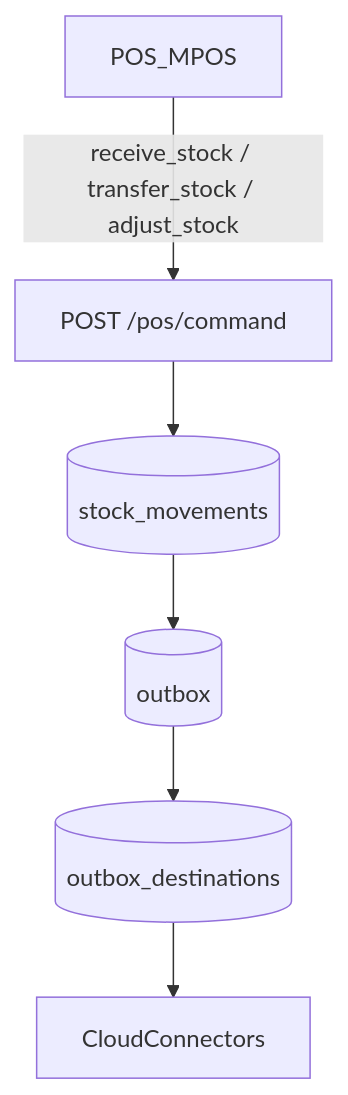
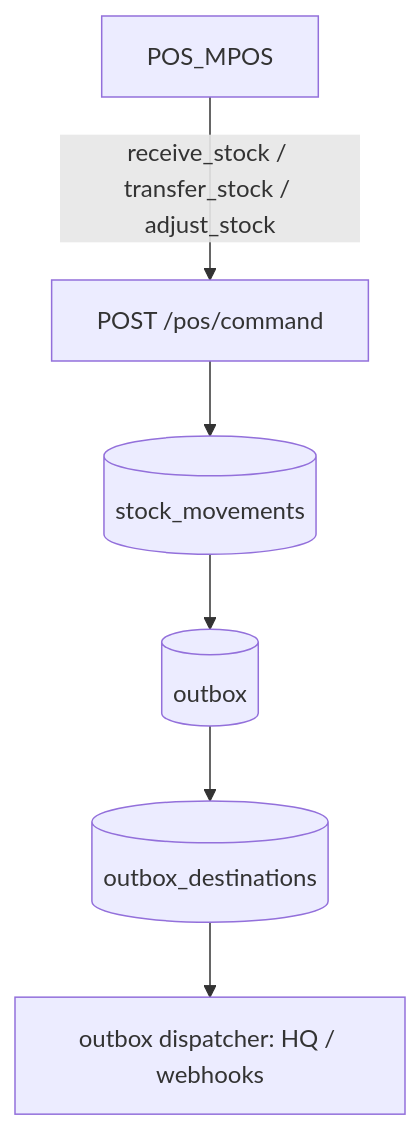
Before and after one commit to AncientiCe/apex-edge: diagram 31 of 45 in docs/architecture/README.md, drawn with Mermaid. The commit also changed other lines of this file and 10 other files, not shown here.

````diff
--- a/docs/architecture/README.md
+++ b/docs/architecture/README.md
@@ -1077,8 +1064,8 @@
 ```mermaid
 flowchart TB
     POS[POS_MPOS] -->|"receive_stock / transfer_stock / adjust_stock"| PosCommand[POST /pos/command]
     PosCommand --> Movement[(stock_movements)]
     Movement --> Outbox[(outbox)]
     Outbox --> Destinations[(outbox_destinations)]
-    Destinations --> Cloud[CloudConnectors]
+    Destinations --> Dispatch[outbox dispatcher: HQ / webhooks]
 ```
````
